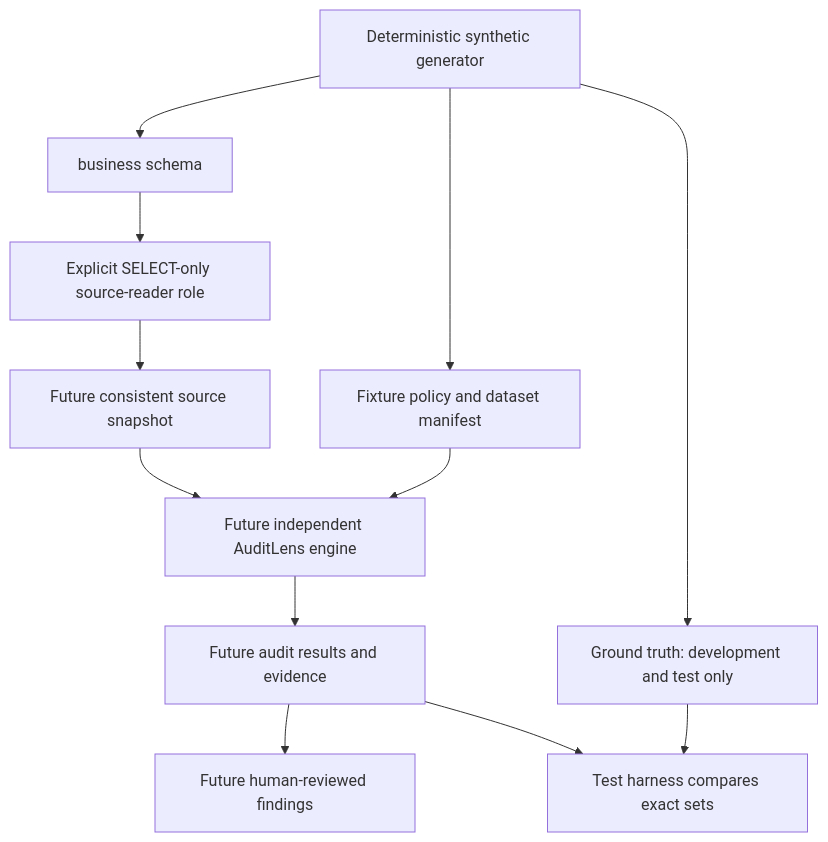
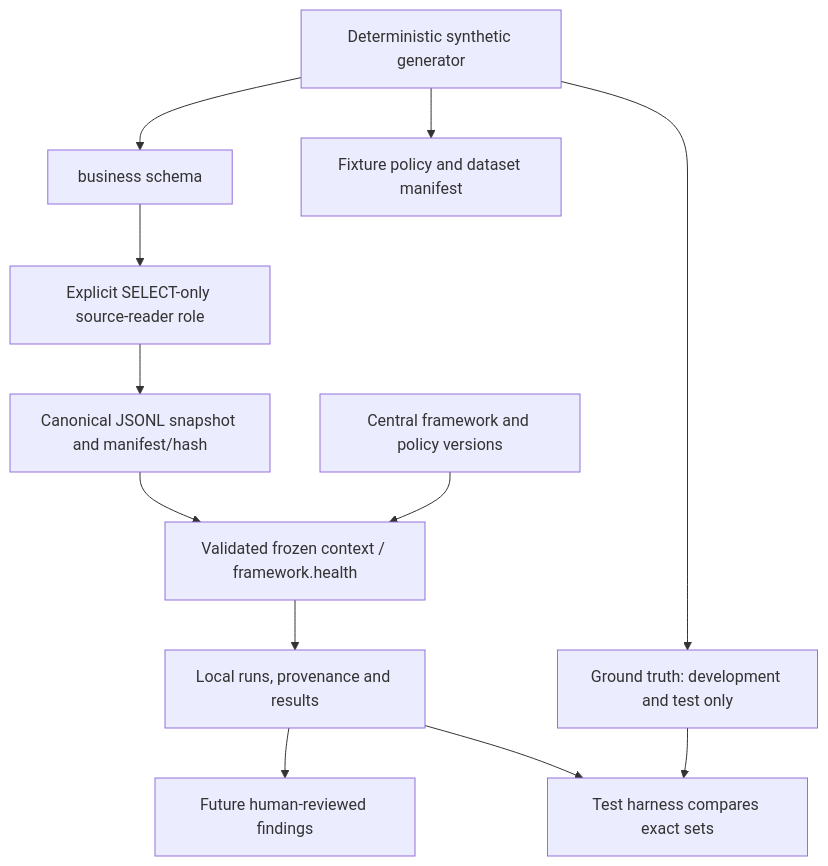
The first of 2 diagrams in docs/18-DATA-LINEAGE.md (wallsieiswallsie/AuditLens), drawn with Mermaid before and after one commit. The commit also changed other lines of this file and 31 other files, not shown here.

Commit message:
feat: add deterministic audit snapshot framework

````diff
--- a/docs/18-DATA-LINEAGE.md
+++ b/docs/18-DATA-LINEAGE.md
@@ -7,14 +7,14 @@
 ```mermaid
 flowchart TD
   Generator["Deterministic synthetic generator"] --> Source["business schema"]
   Generator --> Policy["Fixture policy and dataset manifest"]
   Generator --> Truth["Ground truth: development and test only"]
   Source --> Reader["Explicit SELECT-only source-reader role"]
-  Reader --> Snapshot["Future consistent source snapshot"]
-  Snapshot --> Engine["Future independent AuditLens engine"]
-  Policy --> Engine
-  Engine --> Results["Future audit results and evidence"]
+  Reader --> Snapshot["Canonical JSONL snapshot and manifest/hash"]
+  Snapshot --> Engine["Validated frozen context / framework.health"]
+  Versions["Central framework and policy versions"] --> Engine
+  Engine --> Results["Local runs, provenance and results"]
   Results --> Findings["Future human-reviewed findings"]
   Truth --> Benchmark["Test harness compares exact sets"]
   Results --> Benchmark
 ```
````
